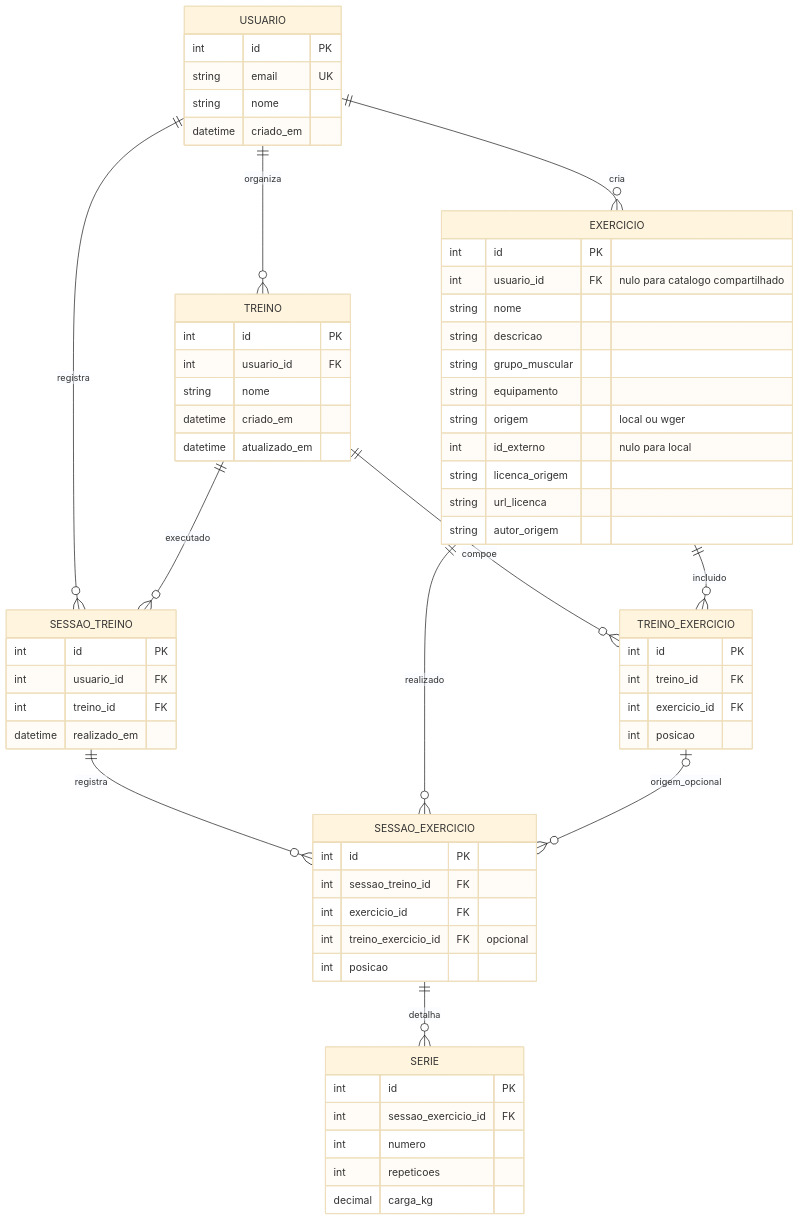
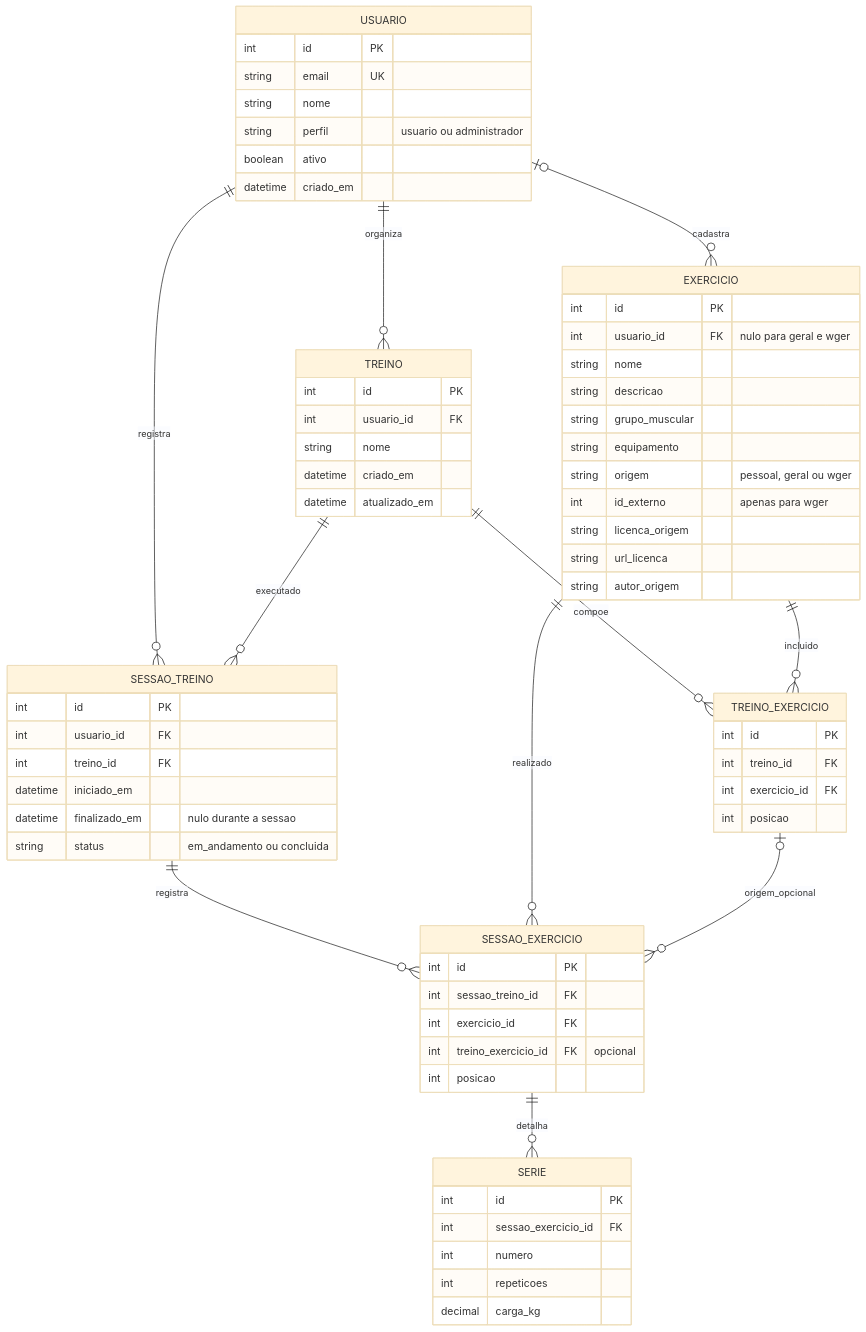
Before and after one commit to dcastroz/evolift: the diagram in docs/banco-de-dados/diagrama-er.mmd, drawn with Mermaid (base theme). The commit also changed 8 other files, not shown here.

```diff
--- a/docs/banco-de-dados/diagrama-er.mmd
+++ b/docs/banco-de-dados/diagrama-er.mmd
@@ -1,64 +1,78 @@
+
 erDiagram
-    USUARIO ||--o{ EXERCICIO : "cria"
+    USUARIO o|--o{ EXERCICIO : "cadastra"
     USUARIO ||--o{ TREINO : "organiza"
     USUARIO ||--o{ SESSAO_TREINO : "registra"
+
     TREINO ||--o{ TREINO_EXERCICIO : "compoe"
     EXERCICIO ||--o{ TREINO_EXERCICIO : "incluido"
+
     TREINO ||--o{ SESSAO_TREINO : "executado"
     SESSAO_TREINO ||--o{ SESSAO_EXERCICIO : "registra"
     EXERCICIO ||--o{ SESSAO_EXERCICIO : "realizado"
+
     TREINO_EXERCICIO o|--o{ SESSAO_EXERCICIO : "origem_opcional"
     SESSAO_EXERCICIO ||--o{ SERIE : "detalha"
 
     USUARIO {
         int id PK
         string email UK
         string nome
+        string perfil "usuario ou administrador"
+        boolean ativo
         datetime criado_em
     }
+
     EXERCICIO {
         int id PK
-        int usuario_id FK "nulo para catalogo compartilhado"
+        int usuario_id FK "nulo para geral e wger"
         string nome
         string descricao
         string grupo_muscular
         string equipamento
-        string origem "local ou wger"
-        int id_externo "nulo para local"
+        string origem "pessoal, geral ou wger"
+        int id_externo "apenas para wger"
         string licenca_origem
         string url_licenca
         string autor_origem
     }
+
     TREINO {
         int id PK
         int usuario_id FK
         string nome
         datetime criado_em
         datetime atualizado_em
     }
+
     TREINO_EXERCICIO {
         int id PK
         int treino_id FK
         int exercicio_id FK
         int posicao
     }
+
     SESSAO_TREINO {
         int id PK
         int usuario_id FK
         int treino_id FK
-        datetime realizado_em
+        datetime iniciado_em
+        datetime finalizado_em "nulo durante a sessao"
+        string status "em_andamento ou concluida"
     }
+
     SESSAO_EXERCICIO {
         int id PK
         int sessao_treino_id FK
         int exercicio_id FK
         int treino_exercicio_id FK "opcional"
         int posicao
     }
+
     SERIE {
         int id PK
         int sessao_exercicio_id FK
         int numero
         int repeticoes
         decimal carga_kg
     }
```
